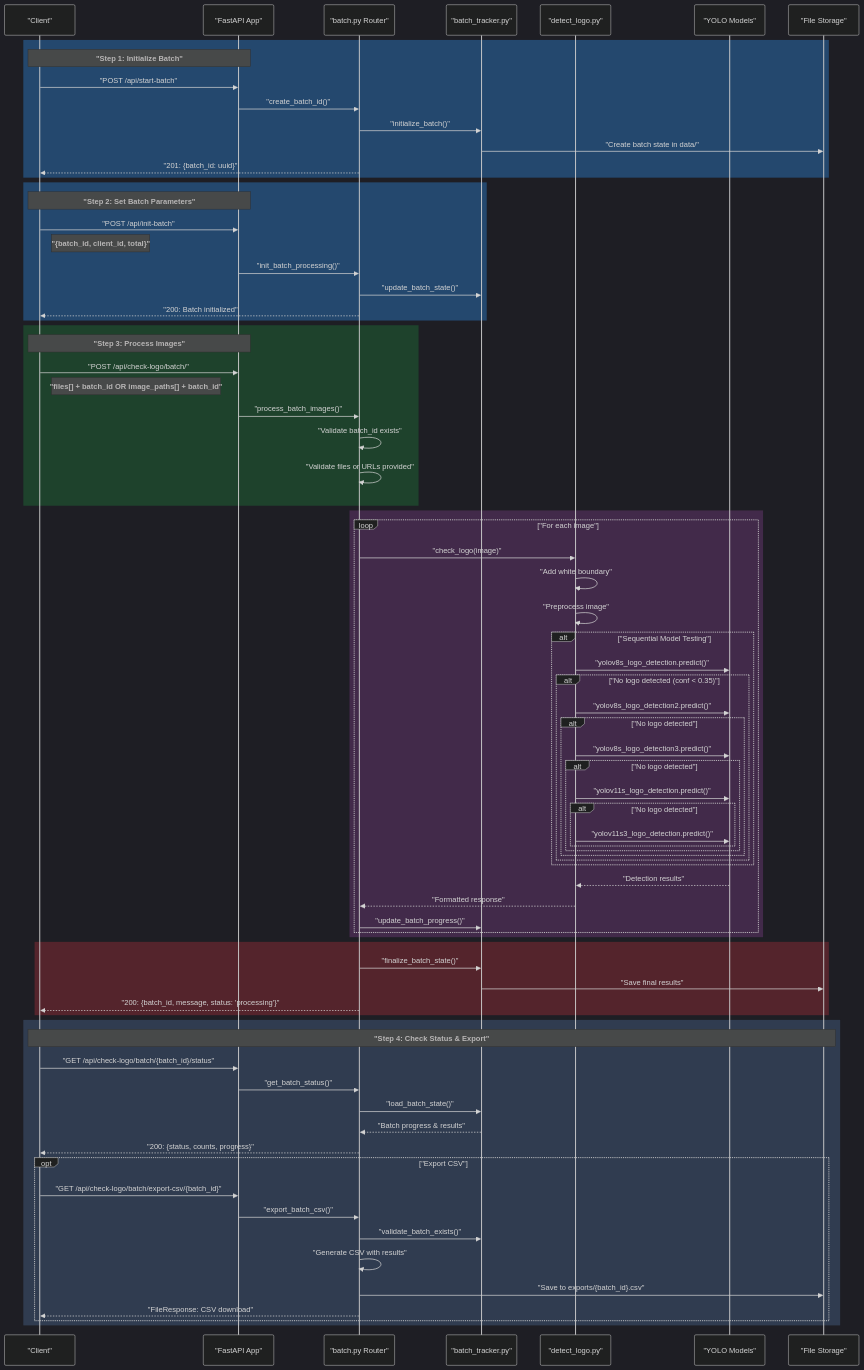
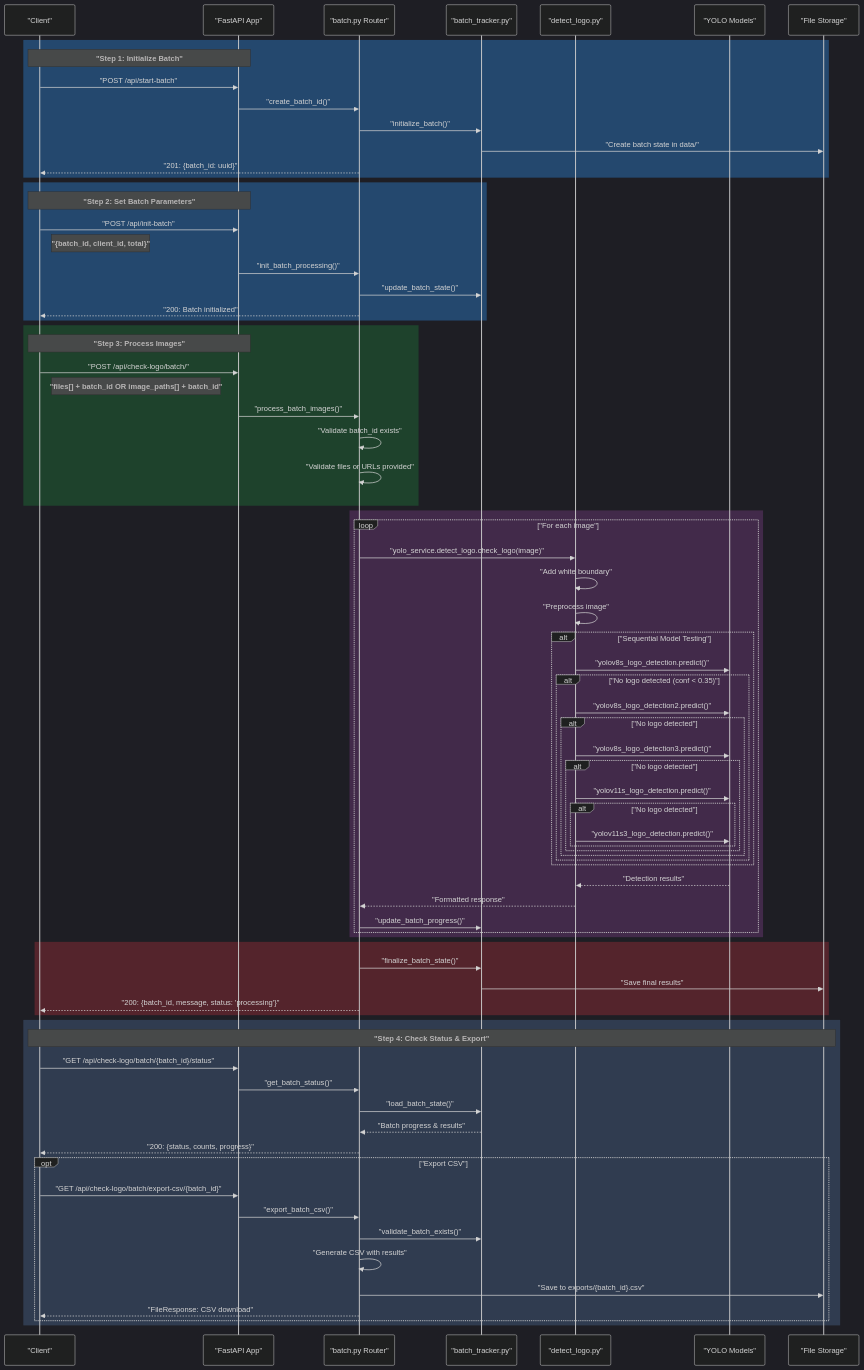
Before and after one commit to Dhruv0306/SymphonyProject1: the fifth of 10 diagrams in README.md, drawn with Mermaid. The commit also changed other lines of this file and 5 other files, not shown here.

```diff
--- a/README.md
+++ b/README.md
@@ -565,7 +612,7 @@
     
     rect rgba(90, 50, 100, 0.6)
         loop "For each image"
-            B->>D: "check_logo(image)"
+            B->>D: "yolo_service.detect_logo.check_logo(image)"
             D->>D: "Add white boundary"
             D->>D: "Preprocess image"
             
```
